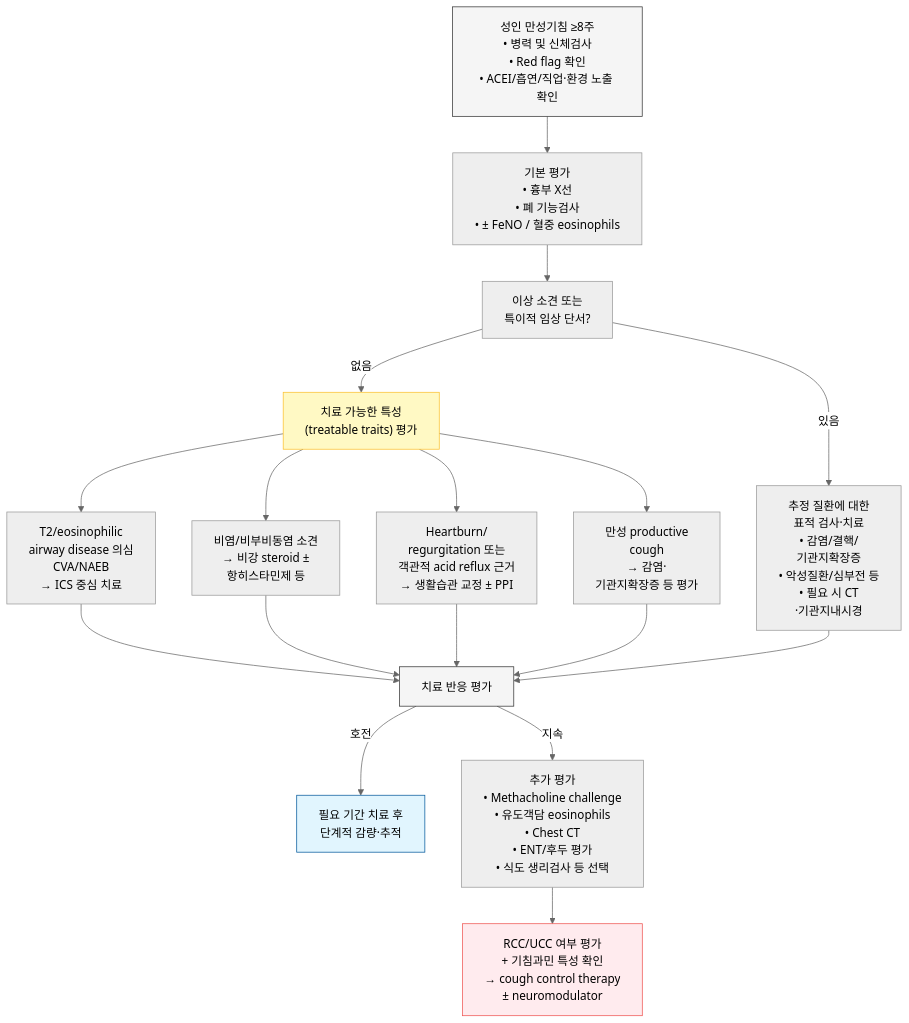
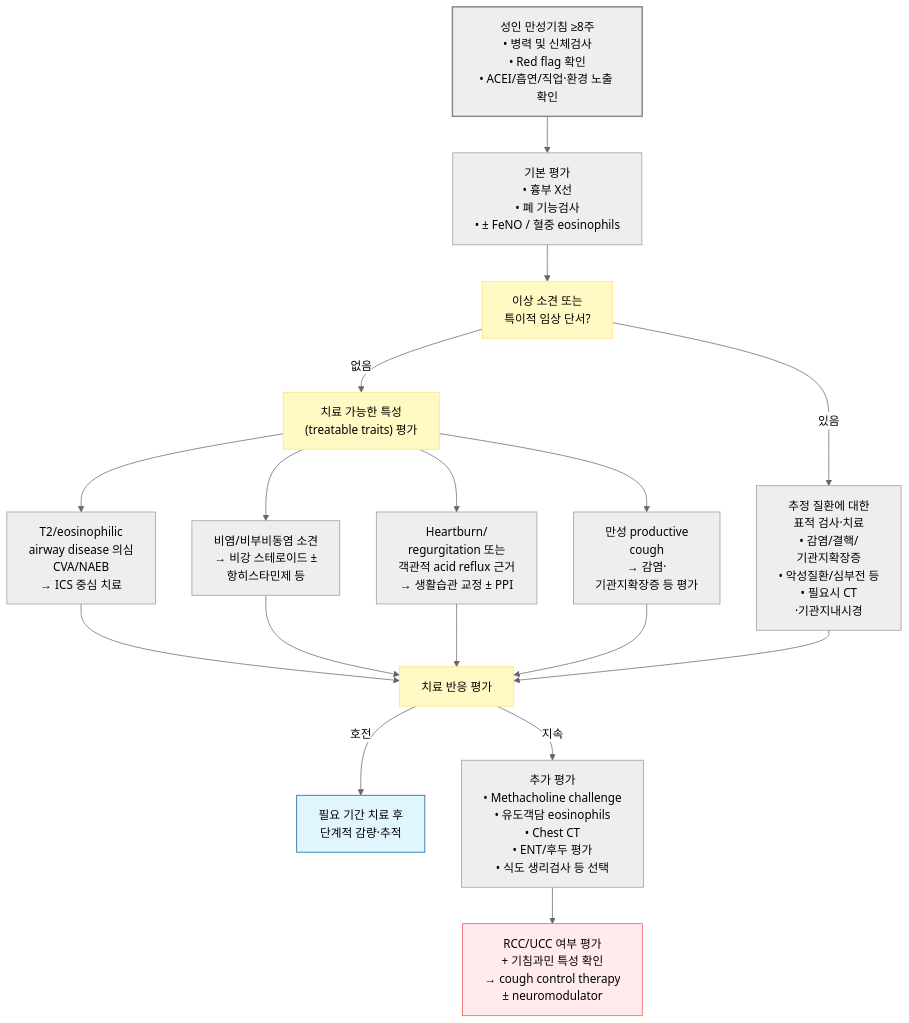
Before and after one commit to familyoh77/familyoh77: the third of 3 diagrams in 220_/006_-cough.md, drawn with Mermaid (neutral theme). The commit also changed other lines of this file and 4 other files, not shown here.

````diff
--- a/220_/006_-cough.md
+++ b/220_/006_-cough.md
@@ -271,25 +273,26 @@
 ```mermaid
 graph TD
     Start["성인 만성기침 ≥8주<br/>• 병력 및 신체검사<br/>• Red flag 확인<br/>• ACEI/흡연/직업·환경 노출 확인"]
     Start --> Basic["기본 평가<br/>• 흉부 X선<br/>• 폐 기능검사<br/>• ± FeNO / 혈중 eosinophils"]
     Basic --> Abnormal["이상 소견 또는<br/>특이적 임상 단서?"]
-    Abnormal -- "있음" --> Specific["추정 질환에 대한 <br/>표적 검사·치료<br/>• 감염/결핵/<br/>기관지확장증<br/>• 악성질환/심부전 등<br/>• 필요 시 CT<br/>·기관지내시경"]
+    Abnormal -- "있음" --> Specific["추정 질환에 대한 <br/>표적 검사·치료<br/>• 감염/결핵/<br/>기관지확장증<br/>• 악성질환/심부전 등<br/>• 필요시 CT<br/>·기관지내시경"]
     Abnormal -- "없음" --> Traits["치료 가능한 특성<br/>(treatable traits) 평가"]
     Traits --> Eos["T2/eosinophilic <br/>airway disease 의심<br/>CVA/NAEB <br/>→ ICS 중심 치료"]
-    Traits --> Upper["비염/비부비동염 소견<br/>→ 비강 steroid ±<br/> 항히스타민제 등"]
+    Traits --> Upper["비염/비부비동염 소견<br/>→ 비강 스테로이드 ±<br/> 항히스타민제 등"]
     Traits --> Reflux["Heartburn/<br/>regurgitation 또는<br/>객관적 acid reflux 근거<br/>→ 생활습관 교정 ± PPI"]
     Traits --> Productive["만성 productive <br/>cough<br/>→ 감염·<br/> 기관지확장증 등 평가"]
     Eos --> FU["치료 반응 평가"]
     Upper --> FU
     Reflux --> FU
     Productive --> FU
     Specific --> FU
     FU -- "호전" --> Maintain["필요 기간 치료 후 <br/> 단계적 감량·추적"]
     FU -- "지속" --> Add["추가 평가<br/>• Methacholine challenge<br/>• 유도객담 eosinophils<br/>• Chest CT<br/>• ENT/후두 평가<br/>• 식도 생리검사 등 선택"]
     Add --> RCC["RCC/UCC 여부 평가<br/>+ 기침과민 특성 확인<br/>→ cough control therapy<br/>± neuromodulator"]
-    style Start fill:#f5f5f5,stroke:#333
-    style Traits fill:#fff9c4,stroke:#fbc02d
-    style FU fill:#f5f5f5,stroke:#333
+    style Start fill:#eeeeee,stroke:#888888,stroke-width:2px
+    style Abnormal fill:#fff9c4,stroke:#ffe082
+    style Traits fill:#fff9c4,stroke:#ffe082
+    style FU fill:#fff9c4,stroke:#ffe082
     style RCC fill:#ffebee,stroke:#ef5350
     style Maintain fill:#e1f5fe,stroke:#01579b
 ```
````
